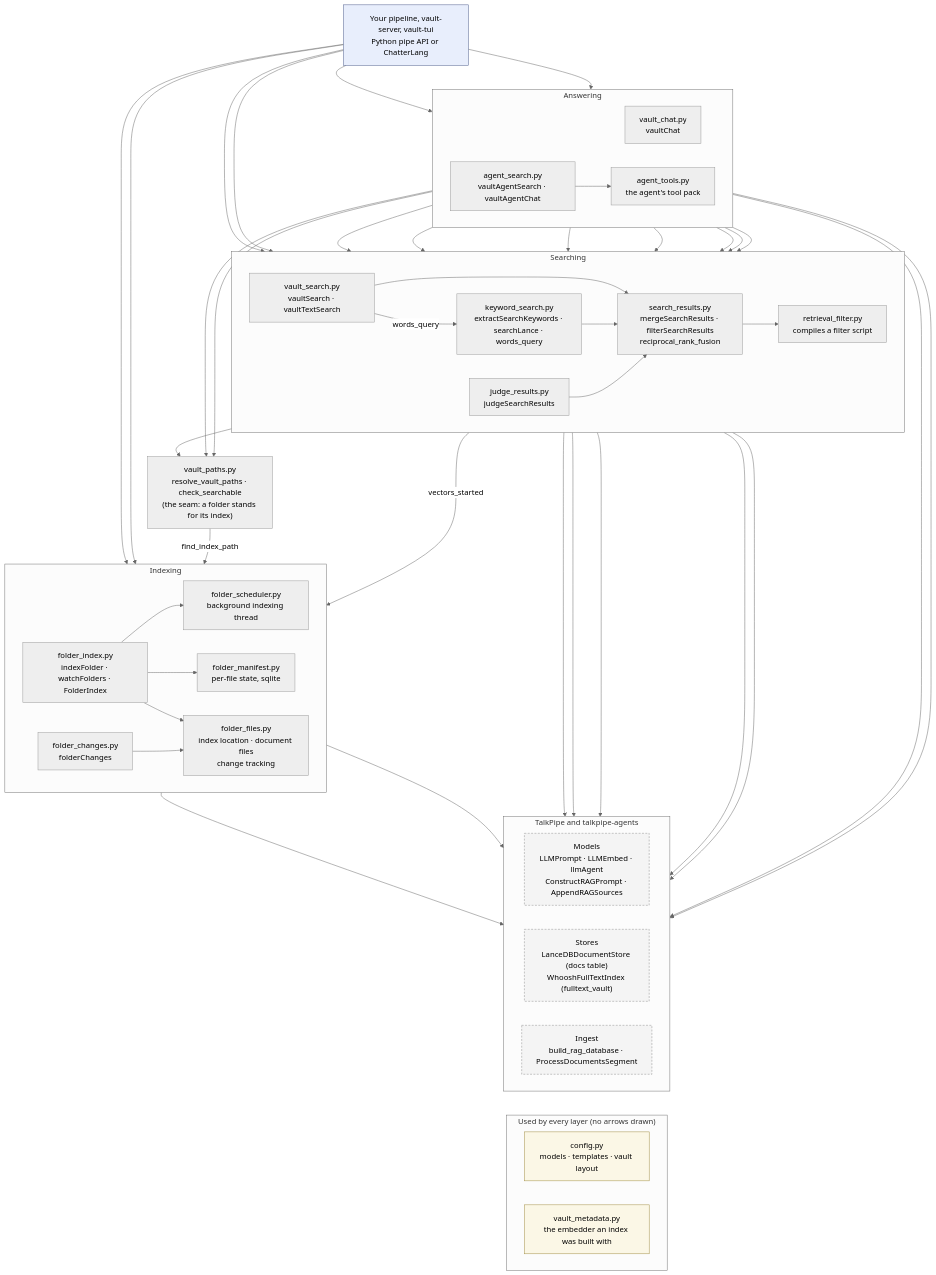
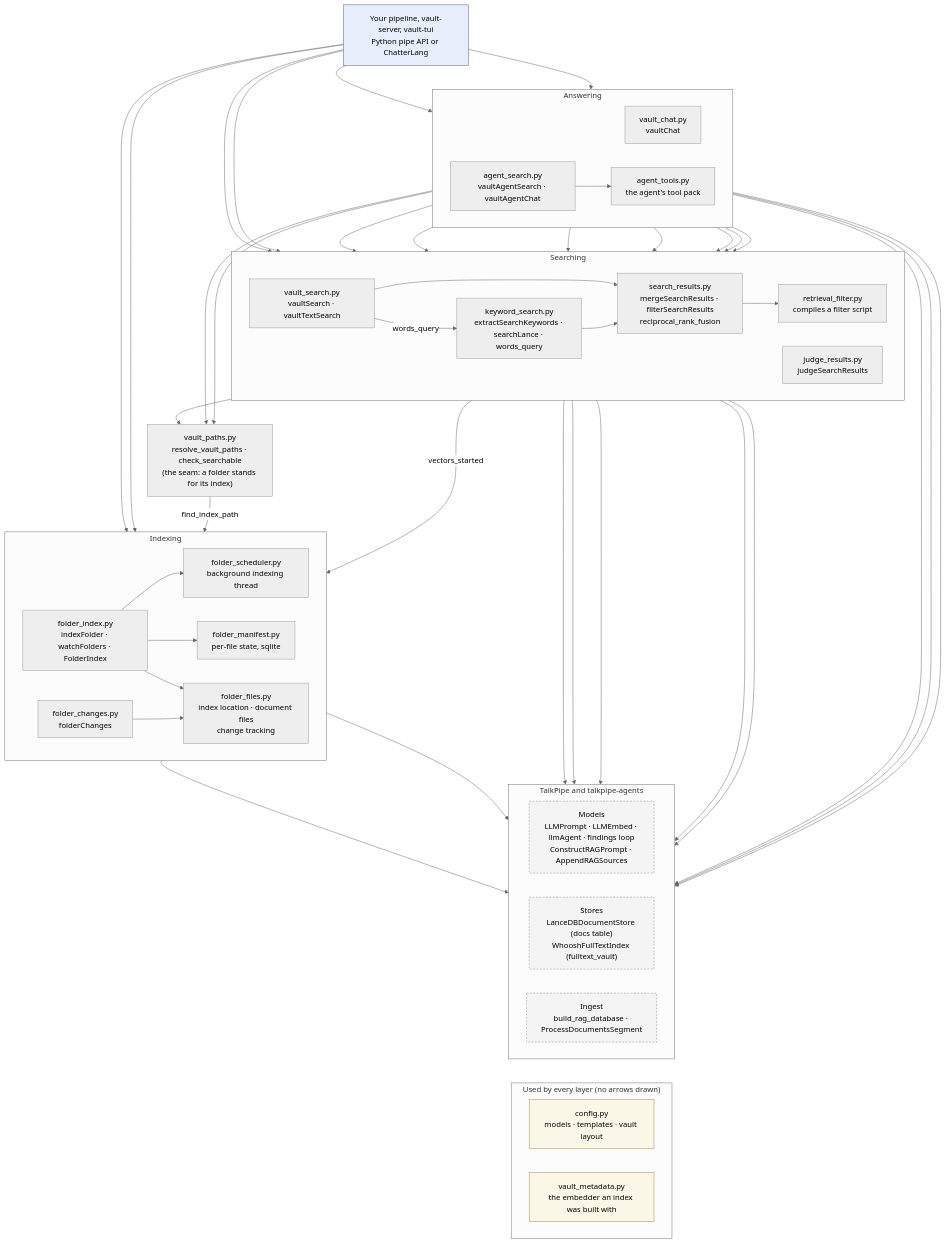
One commit to sandialabs/talkpipe-vault changed the diagram in docs/DEVELOPER_GUIDE.md. Above: the diagram before and after it, drawn with Mermaid (neutral theme). The commit also changed other lines of this file and 5 other files, not shown here.

First line of the commit message:
Document agent retrieval on the findings loop

````diff
--- a/docs/DEVELOPER_GUIDE.md
+++ b/docs/DEVELOPER_GUIDE.md
@@ -79,75 +79,74 @@
 ```mermaid
 flowchart TB
     classDef app fill:#e8eefc,stroke:#4a5a8a
     classDef lib fill:#f4f4f4,stroke:#8a8a8a,stroke-dasharray: 4 3
     classDef util fill:#fbf7e6,stroke:#a08c40
 
     CALLER["Your pipeline, vault-server, vault-tui<br/>Python pipe API or ChatterLang"]:::app
 
     subgraph answering["Answering"]
         direction LR
         CHAT["vault_chat.py<br/>vaultChat"]
         AGENT["agent_search.py<br/>vaultAgentSearch · vaultAgentChat"]
         TOOLS["agent_tools.py<br/>the agent's tool pack"]
     end
 
     subgraph searching["Searching"]
         direction LR
         VS["vault_search.py<br/>vaultSearch · vaultTextSearch"]
         KW["keyword_search.py<br/>extractSearchKeywords · searchLance · words_query"]
         JR["judge_results.py<br/>judgeSearchResults"]
         SR["search_results.py<br/>mergeSearchResults · filterSearchResults<br/>reciprocal_rank_fusion"]
         RF["retrieval_filter.py<br/>compiles a filter script"]
     end
 
     VP["vault_paths.py<br/>resolve_vault_paths · check_searchable<br/>(the seam: a folder stands for its index)"]
 
     subgraph indexing["Indexing"]
         direction LR
         FI["folder_index.py<br/>indexFolder · watchFolders · FolderIndex"]
         FC["folder_changes.py<br/>folderChanges"]
         FS["folder_scheduler.py<br/>background indexing thread"]
         FM["folder_manifest.py<br/>per-file state, sqlite"]
         FF["folder_files.py<br/>index location · document files<br/>change tracking"]
     end
 
     subgraph shared["Used by every layer (no arrows drawn)"]
         direction LR
         CFG["config.py<br/>models · templates · vault layout"]:::util
         VM["vault_metadata.py<br/>the embedder an index was built with"]:::util
     end
 
     subgraph talkpipe["TalkPipe and talkpipe-agents"]
         direction LR
-        MODELS["Models<br/>LLMPrompt · LLMEmbed · llmAgent<br/>ConstructRAGPrompt · AppendRAGSources"]:::lib
+        MODELS["Models<br/>LLMPrompt · LLMEmbed · llmAgent · findings loop<br/>ConstructRAGPrompt · AppendRAGSources"]:::lib
         STORES["Stores<br/>LanceDBDocumentStore (docs table)<br/>WhooshFullTextIndex (fulltext_vault)"]:::lib
         INGEST["Ingest<br/>build_rag_database · ProcessDocumentsSegment"]:::lib
     end
 
     CALLER --> CHAT & AGENT & VS & SR & FI & FC
 
     CHAT --> VS & KW & SR
     AGENT --> TOOLS & VS & KW & JR
-    TOOLS --> SR
+    TOOLS --> JR & MODELS
     CHAT & AGENT --> VP
     CHAT & AGENT --> MODELS
 
     VS --> SR
     VS -- words_query --> KW
     VS --> VP
     KW --> SR
-    JR --> SR
     SR --> RF
     VS -- vectors_started --> FI
     VS & KW & JR --> MODELS
     VS & KW --> STORES
 
     VP -- find_index_path --> FI
 
     FI --> FS & FM & FF
     FC --> FF
     FI --> STORES & INGEST
 
     MODELS ~~~ CFG
     STORES ~~~ VM
 ```
````
